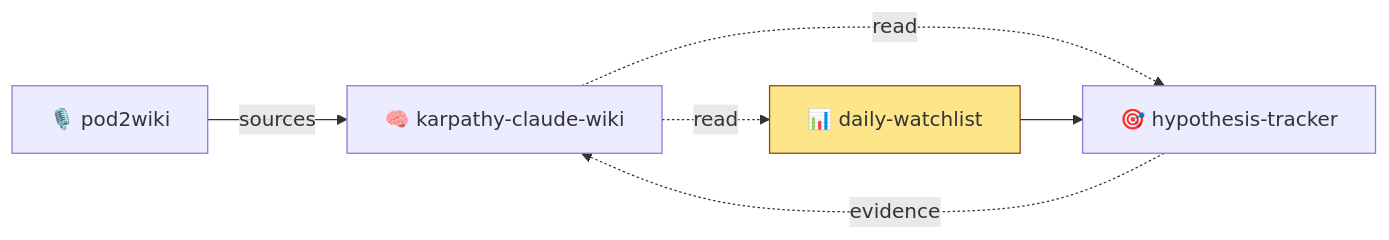
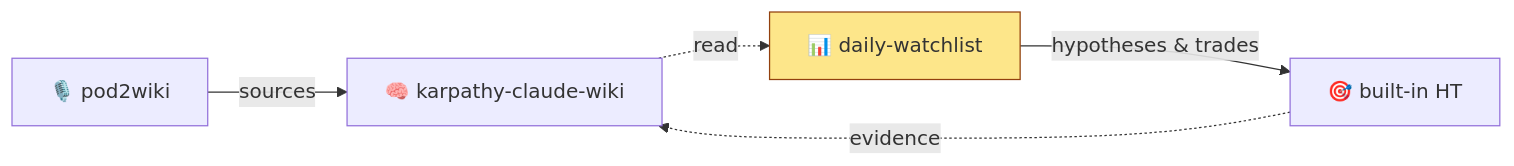
One commit to Benboerba620/daily-watchlist changed the diagram in README.md. Above: the diagram before and after it, drawn with Mermaid. The commit also changed other lines of this file, not shown here.

Commit message:
docs: fold hypothesis tracker into daily workflow

````diff
--- a/README.md
+++ b/README.md
@@ -12,9 +12,8 @@
 ```mermaid
 flowchart LR
     P[🎙️ pod2wiki] -->|sources| W[🧠 karpathy-claude-wiki]
     W -.->|read| D[📊 daily-watchlist]
-    W -.->|read| H[🎯 hypothesis-tracker]
-    D --> H
-    H -.->|evidence| W
+    D -->|hypotheses & trades| DHT[🎯 built-in HT]
+    DHT -.->|evidence| W
     style D fill:#fde68a,stroke:#92400e
 ```
````
